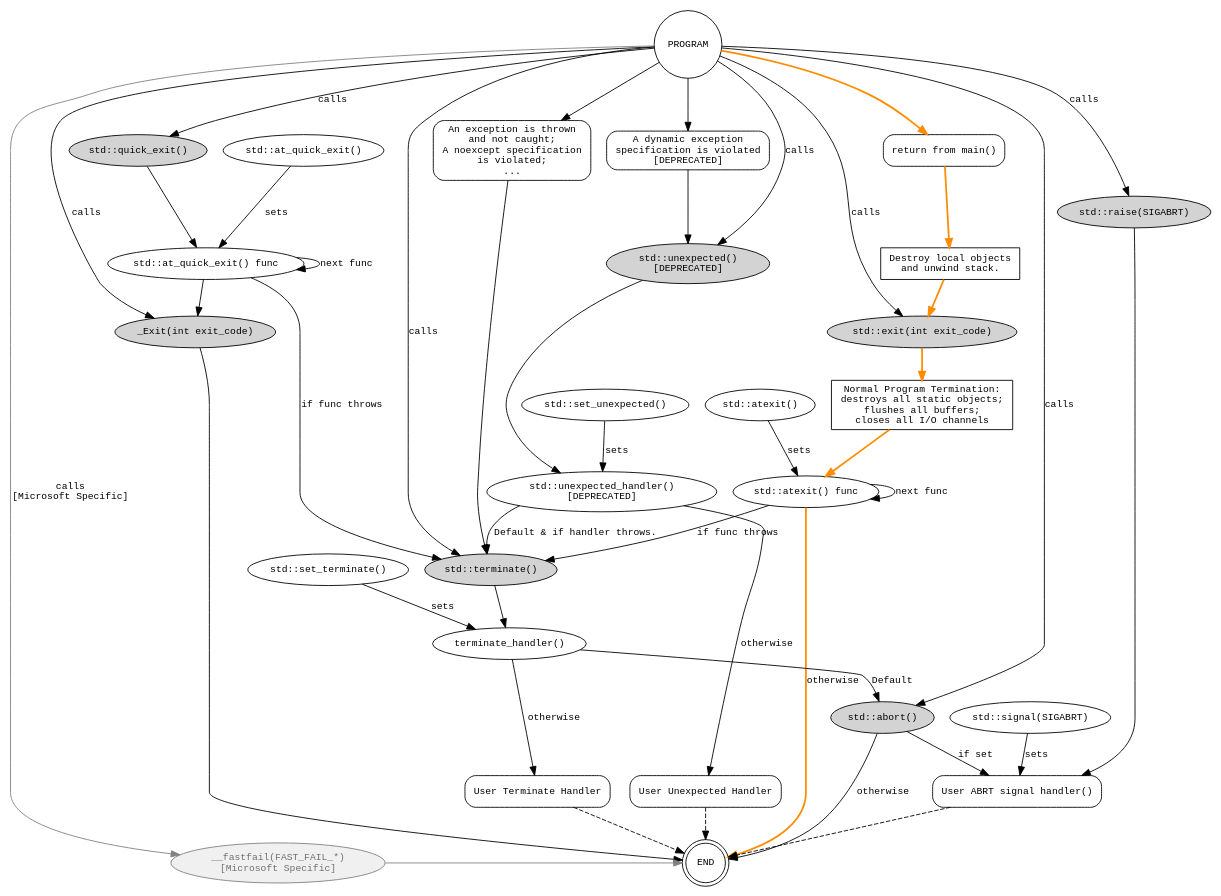
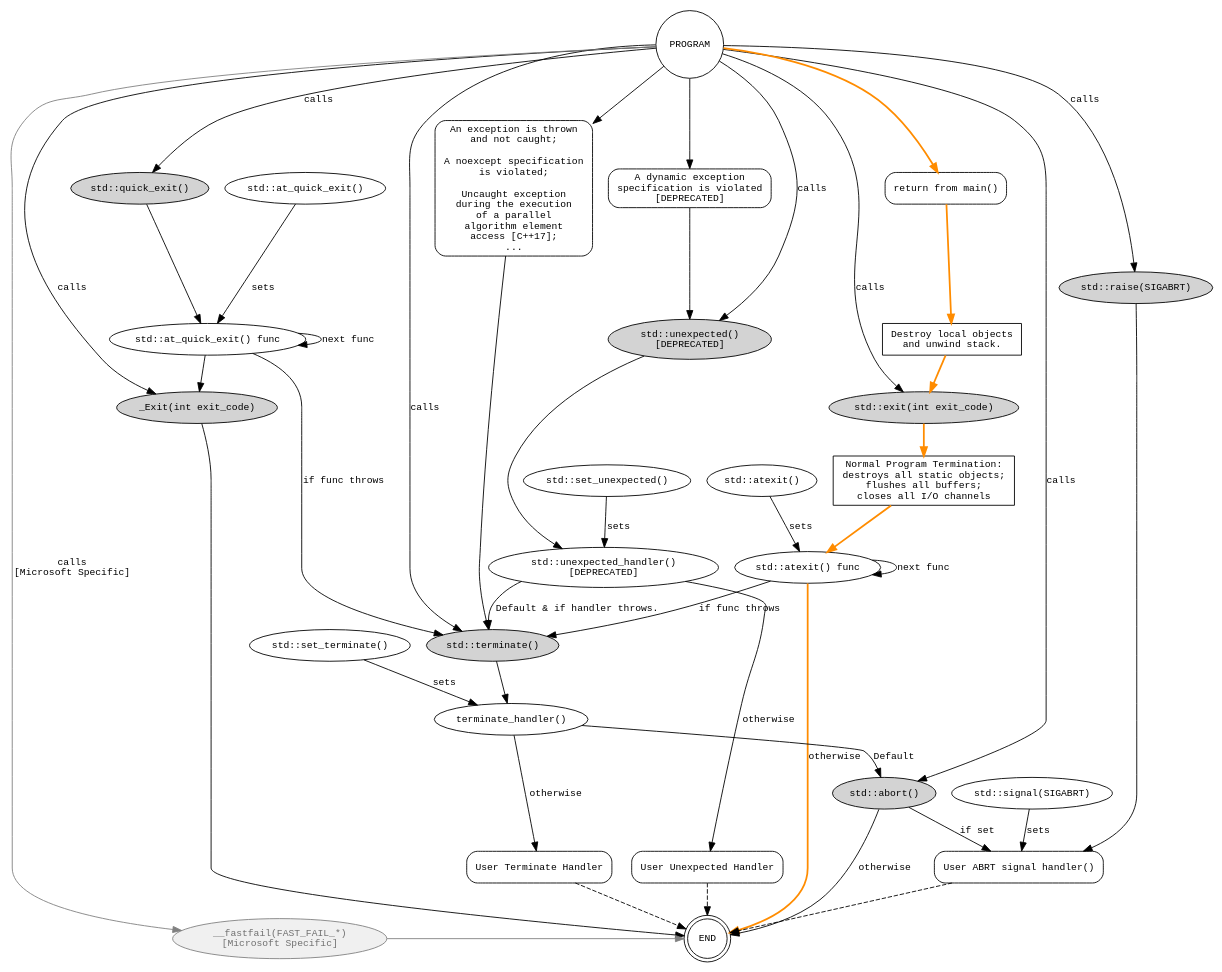
Before and after one commit to adishavit/Terminators: the diagram in termination_graph.gv, drawn with Graphviz. The commit also changed 2 other files, not shown here.

Commit message:
Adds C++17 parallel algorithm uncaught exception.

```diff
--- a/termination_graph.gv
+++ b/termination_graph.gv
@@ -1,114 +1,114 @@
 // http://www.graphviz.org/doc/info/attrs.html
 digraph g{
   node [fontsize=11,fontname="Monospace"];	
   edge [fontsize=11,fontname="Monospace"];
   //rankdir=LR
   //ratio=1.5
    
   exit                      [label="std::exit(int exit_code)",style="filled"]
   Cleanup                   [label="Normal Program Termination:\ndestroys all static objects;\n flushes all buffers;\n closes all I/O channels",shape=box];
   atexit_func               [label="std::atexit() func"];
   atexit                    [label="std::atexit()"];
   terminate                 [label="std::terminate()",style="filled"]
   abort                     [label="std::abort()",style="filled"]
   quick_exit                [label="std::quick_exit()",style="filled"]
   at_quick_exit_func        [label="std::at_quick_exit() func"];
   at_quick_exit             [label="std::at_quick_exit()"];
   _Exit                     [label="_Exit(int exit_code)",style="filled"]
   terminate_handler         [label="terminate_handler()"]
   mainReturn                [label="return from main()",shape=box,style="rounded"];
   destroyLocal              [label="Destroy local objects\nand unwind stack.", shape=box];
-  terminateCause            [label="An exception is thrown\nand not caught;\nA noexcept specification\nis violated;\n...",shape=box,style="rounded"];
+  terminateCause            [label="An exception is thrown\nand not caught;\n\nA noexcept specification\nis violated;\n\nUncaught exception\nduring the execution\nof a parallel\nalgorithm element\naccess [C++17];\n...",shape=box,style="rounded"];   
   unexpectedCause           [label="A dynamic exception\nspecification is violated\n[DEPRECATED]",shape=box,style="rounded"];
   unexpected                [label="std::unexpected()\n[DEPRECATED]",style="filled"]
   unexpected_handler        [label="std::unexpected_handler()\n[DEPRECATED]"];
   user_unexpected_handler   [label="User Unexpected Handler",shape=box,style="rounded"]
   set_unexpected            [label="std::set_unexpected()"]
   user_terminate_handler    [label="User Terminate Handler",shape=box,style="rounded"];
   set_terminate             [label="std::set_terminate()"]
   signal                    [label="std::signal(SIGABRT)"]
   user_signal_handler       [label="User ABRT signal handler()",shape=box,style="rounded"]
   raise						[label="std::raise(SIGABRT)",style="filled"]
   PROGRAM                   [shape=circle];
   END                       [shape=doublecircle];
   
   __fastfail				[label="__fastfail(FAST_FAIL_*)\n[Microsoft Specific]",style="filled",fillcolor=gray94, color=gray,fontcolor=gray44]
 
   /////////////////////////////////////////////////////////////////////////////
 
   PROGRAM -> mainReturn [color=darkorange style=bold]
   PROGRAM -> terminateCause
   PROGRAM -> unexpectedCause
   PROGRAM -> exit [label=calls]
   PROGRAM -> quick_exit [label=calls]
   PROGRAM -> unexpected [label=calls]
   PROGRAM -> abort [label=calls]
   PROGRAM -> terminate [label=calls]
   PROGRAM -> _Exit [label=calls]
   PROGRAM -> raise [label=calls]
   
   exit  -> Cleanup [color=darkorange style=bold]
   Cleanup -> atexit_func  [color=darkorange style=bold]
   atexit -> atexit_func [label=sets]
   atexit_func -> atexit_func [label="next func"]
   atexit_func -> terminate [label="if func throws"];
   atexit_func -> END [label=otherwise color=darkorange style=bold]
   abort -> END [label=otherwise]
   
   at_quick_exit -> at_quick_exit_func [label=sets]
   quick_exit-> at_quick_exit_func; 
   at_quick_exit_func -> at_quick_exit_func [label="next func"];
   at_quick_exit_func -> terminate [label="if func throws"];
   at_quick_exit_func -> _Exit
   
   _Exit -> END
   terminate -> terminate_handler
   terminate_handler -> abort [label="Default"]
   terminate_handler -> user_terminate_handler [label="otherwise"]
   set_terminate -> terminate_handler [label=sets]
   terminateCause -> terminate
   
   mainReturn -> destroyLocal [color=darkorange style=bold]
   destroyLocal -> exit [color=darkorange style=bold]
 
   unexpectedCause -> unexpected
   unexpected -> unexpected_handler
   unexpected_handler -> terminate [label="Default & if handler throws."]
   unexpected_handler -> user_unexpected_handler [label=otherwise];
   set_unexpected -> unexpected_handler [label=sets];  
   
   user_unexpected_handler -> END [style=dashed];
   user_terminate_handler -> END [style=dashed];
   
   signal -> user_signal_handler [label=sets]
   abort -> user_signal_handler [label="if set"]
   user_signal_handler -> END [style=dashed];
   raise -> user_signal_handler
   
   
   PROGRAM -> __fastfail [label="calls\n[Microsoft Specific]", color=gray]
   __fastfail -> END [color=gray]
 
   // invisibles
   //terminate -> abort [style="invis"]
   
   /////////////////////////////////////////////////////////////////////////////
   
   {rank=source; PROGRAM }
   {rank=same; mainReturn terminateCause unexpectedCause}  
   
   //{rank=same; at_quick_exit at_quick_exit_func}
   //{rank=same; set_terminate terminate_handler}
   //{rank=same; set_unexpected unexpected_handler}
   //{rank=same; atexit atexit_func}
   //{rank=same; signal user_signal_handler }
 
   //{rank=same; quick_exit raise exit terminate unexpected abort _Exit __fastfail}
   //{rank=same;  _Exit __fastfail }
   //{rank=same;  abort raise  }
   {rank=same; __fastfail END  }
   
   
   {rank=same; user_unexpected_handler user_terminate_handler user_signal_handler}
   {rank=sink; END }
 }
```
